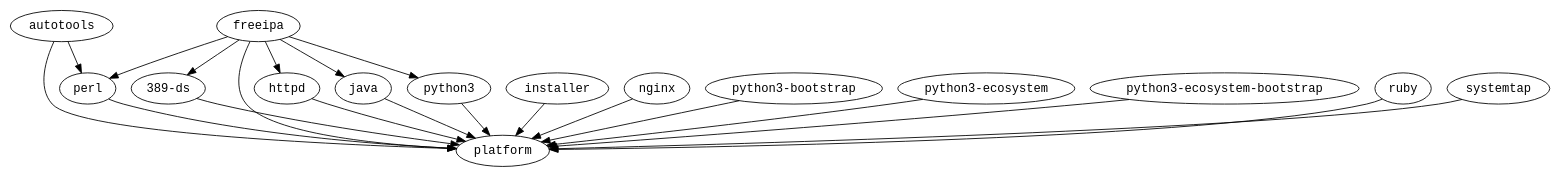
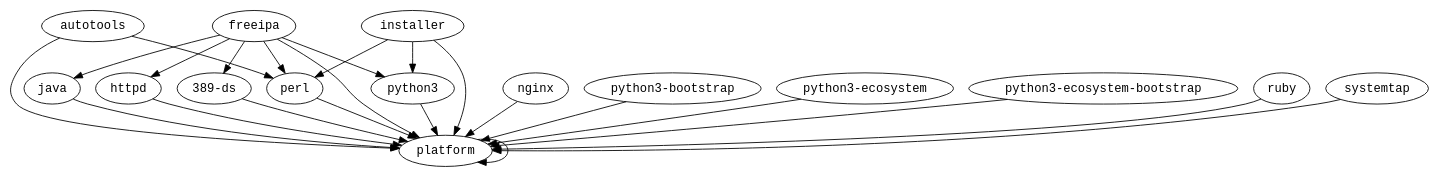
One commit to fedora-modularity/dependency-report changed the diagram in img/module-deps.dot. Above: the diagram before and after it, drawn with Graphviz. The commit also changed 43 other files, not shown here.

```diff
--- a/img/module-deps.dot
+++ b/img/module-deps.dot
@@ -1,23 +1,37 @@
 strict digraph G {
   node [fontname=monospace];
   "389-ds" -> "platform";
+  "389-ds" -> "platform";
+  "autotools" -> "platform";
   "autotools" -> "platform";
   "autotools" -> "perl";
   "freeipa" -> "platform";
+  "freeipa" -> "platform";
+  "freeipa" -> "389-ds";
+  "freeipa" -> "java";
   "freeipa" -> "httpd";
   "freeipa" -> "perl";
-  "freeipa" -> "389-ds";
-  "freeipa" -> "java";
   "freeipa" -> "python3";
   "httpd" -> "platform";
+  "httpd" -> "platform";
   "installer" -> "platform";
+  "installer" -> "platform";
+  "installer" -> "perl";
+  "installer" -> "python3";
+  "java" -> "platform";
   "java" -> "platform";
   "nginx" -> "platform";
+  "nginx" -> "platform";
   "perl" -> "platform";
+  "perl" -> "platform";
+  "platform" -> "platform";
+  "python3" -> "platform";
   "python3" -> "platform";
   "python3-bootstrap" -> "platform";
   "python3-ecosystem" -> "platform";
   "python3-ecosystem-bootstrap" -> "platform";
   "ruby" -> "platform";
+  "ruby" -> "platform";
+  "systemtap" -> "platform";
   "systemtap" -> "platform";
 }
```
